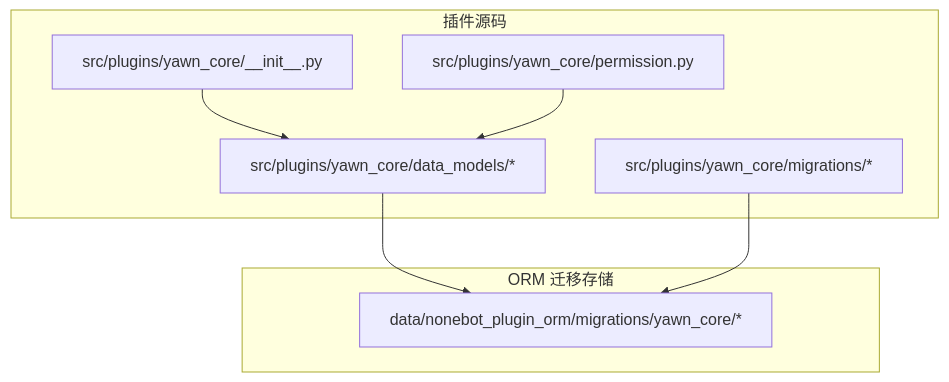
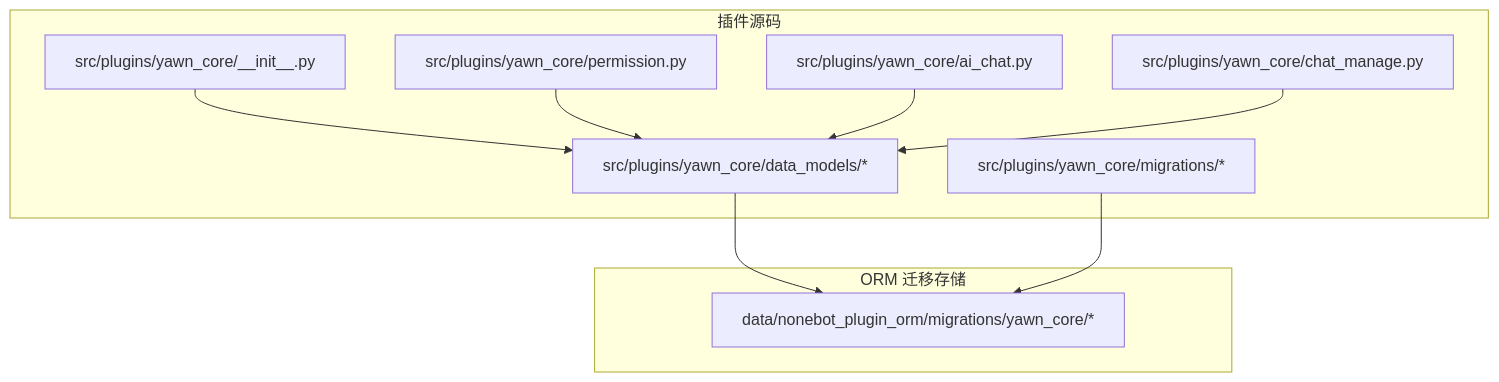
The first of 7 diagrams in .qoder/repowiki/zh/content/数据库迁移.md (Wohaokunr/yawn_bot), drawn with Mermaid before and after one commit. The commit also changed other lines of this file and 28 other files, not shown here.

````diff
--- a/.qoder/repowiki/zh/content/数据库迁移.md
+++ b/.qoder/repowiki/zh/content/数据库迁移.md
@@ -63,16 +68,20 @@
 ```mermaid
 graph TB
 subgraph "插件源码"
 A["src/plugins/yawn_core/__init__.py"]
 B["src/plugins/yawn_core/data_models/*"]
 C["src/plugins/yawn_core/migrations/*"]
 D["src/plugins/yawn_core/permission.py"]
+E["src/plugins/yawn_core/ai_chat.py"]
+F["src/plugins/yawn_core/chat_manage.py"]
 end
 subgraph "ORM 迁移存储"
-E["data/nonebot_plugin_orm/migrations/yawn_core/*"]
+G["data/nonebot_plugin_orm/migrations/yawn_core/*"]
 end
 A --> B
-B --> E
-C --> E
+B --> G
+C --> G
 D --> B
+E --> B
+F --> B
 ```
````
